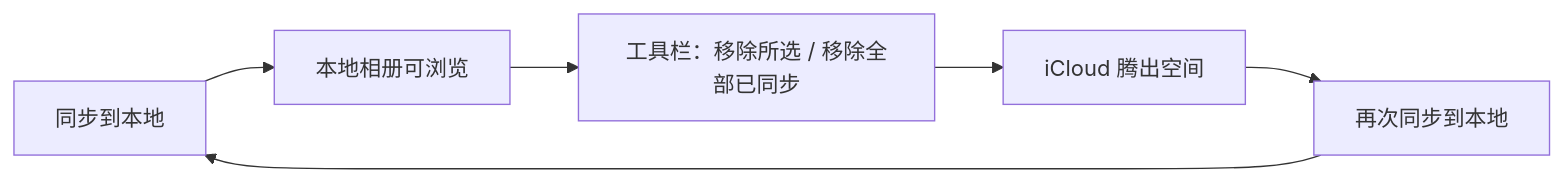
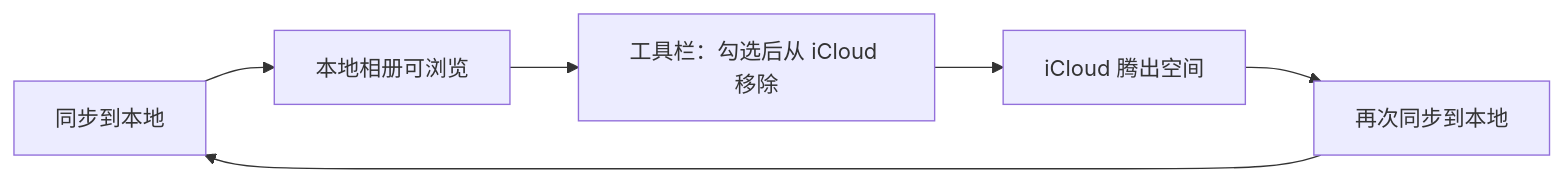
Before and after one commit to cz6c/ll-admin: the first of 3 diagrams in apps/admin/src/views/album/cloudSyncFlow.md, drawn with Mermaid. The commit also changed other lines of this file and 16 other files, not shown here.

````diff
--- a/apps/admin/src/views/album/cloudSyncFlow.md
+++ b/apps/admin/src/views/album/cloudSyncFlow.md
@@ -19,8 +19,8 @@
 ```mermaid
 flowchart LR
   A[同步到本地] --> B[本地相册可浏览]
-  B --> C[工具栏：移除所选 / 移除全部已同步]
+  B --> C[工具栏：勾选后从 iCloud 移除]
   C --> D[iCloud 腾出空间]
   D --> E[再次同步到本地]
   E --> A
 ```
````
